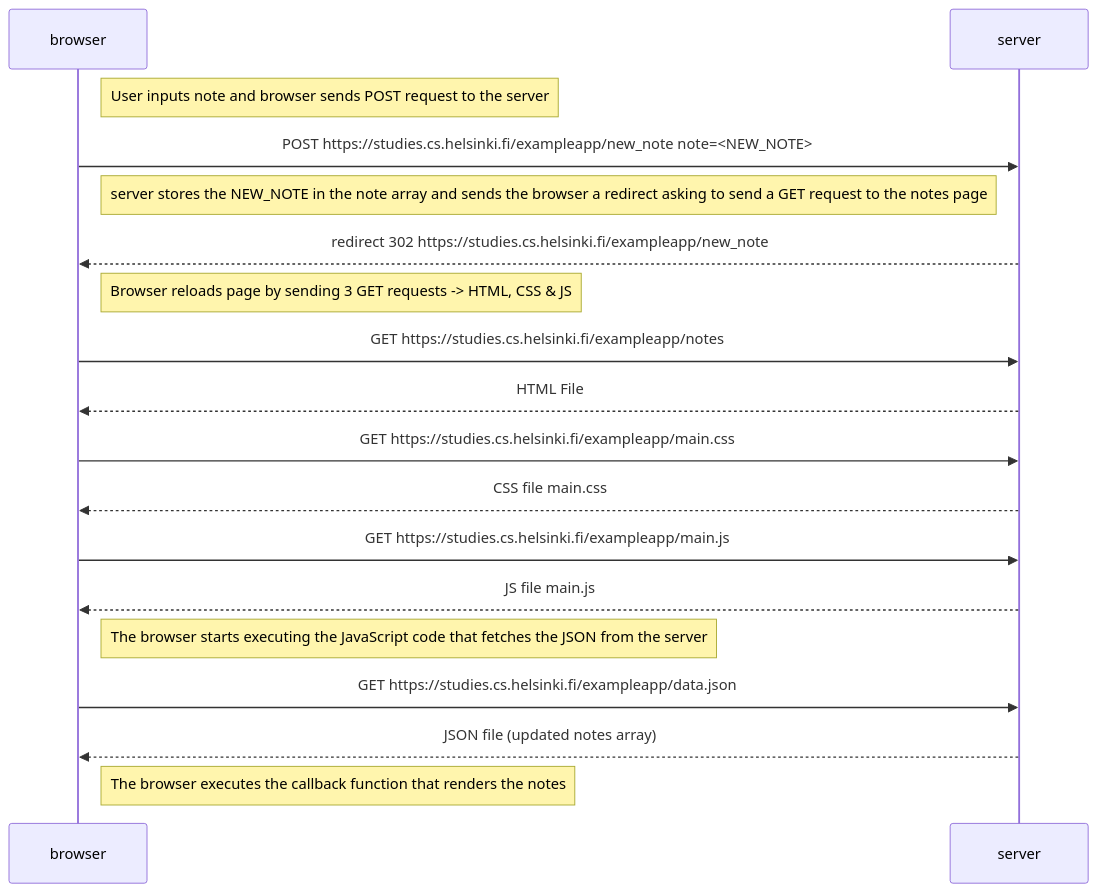
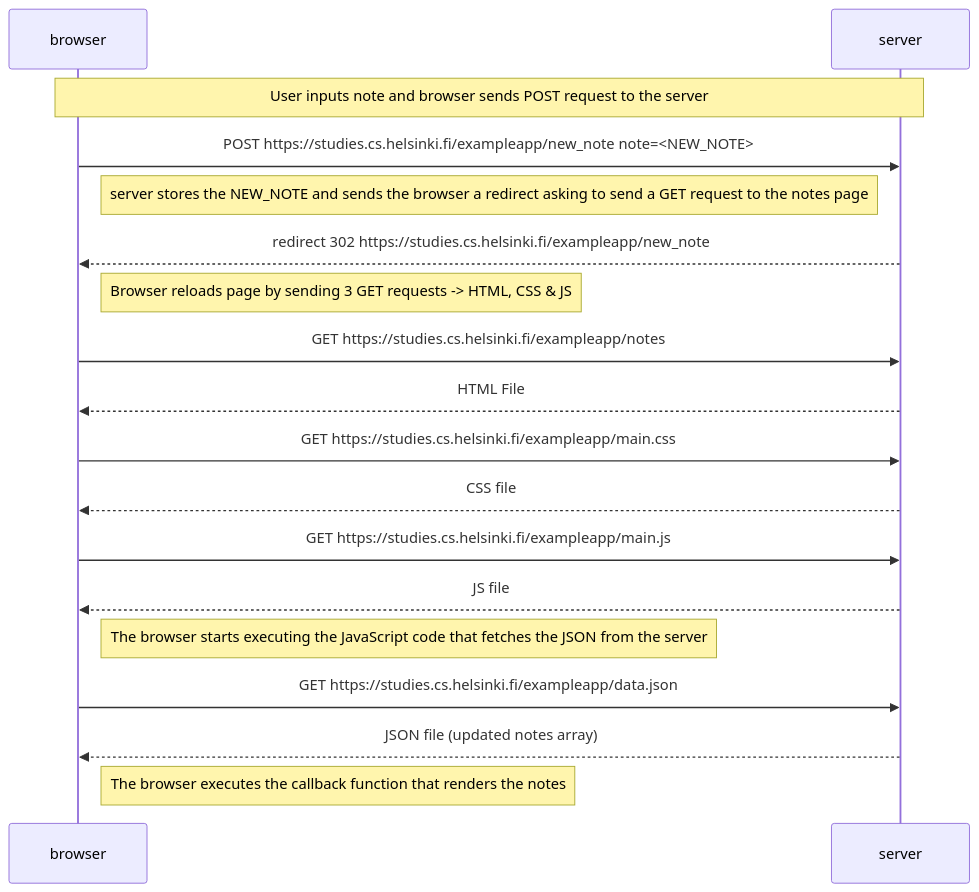
One commit to tcampbel22/full_stack_open changed the diagram in part0/0.4.md. Above: the diagram before and after it, drawn with Mermaid. The commit also changed 2 other files, not shown here.

Commit message:
Small syntax changes

````diff
--- a/part0/0.4.md
+++ b/part0/0.4.md
@@ -1,33 +1,27 @@
 ```mermaid 
 sequenceDiagram
     participant browser
     participant server
 
-	note right of browser:  User inputs note and browser sends POST request to the server
+	note over browser,server:  User inputs note and browser sends POST request to the server
     
 	browser->>server: POST https://studies.cs.helsinki.fi/exampleapp/new_note note=<NEW_NOTE>
-	
-	note left of server: server stores the NEW_NOTE in the note array and sends the browser a redirect asking to send a GET request to the notes page
-  
+	note left of server: server stores the NEW_NOTE and sends the browser a redirect asking to send a GET request to the notes page
     server-->>browser: redirect 302 https://studies.cs.helsinki.fi/exampleapp/new_note
  
 	note right of browser: Browser reloads page by sending 3 GET requests -> HTML, CSS & JS
     
 	browser->>server: GET https://studies.cs.helsinki.fi/exampleapp/notes
     server-->>browser: HTML File
   
-
     browser->>server: GET https://studies.cs.helsinki.fi/exampleapp/main.css
-    server-->>browser: CSS file main.css
+    server-->>browser: CSS file
 
 	browser->>server: GET https://studies.cs.helsinki.fi/exampleapp/main.js
-    server-->>browser: JS file main.js
+    server-->>browser: JS file
 
     Note right of browser: The browser starts executing the JavaScript code that fetches the JSON from the server
-
     browser->>server: GET https://studies.cs.helsinki.fi/exampleapp/data.json
-
     server-->>browser: JSON file (updated notes array) 
-  
     Note right of browser: The browser executes the callback function that renders the notes
 ```
````
